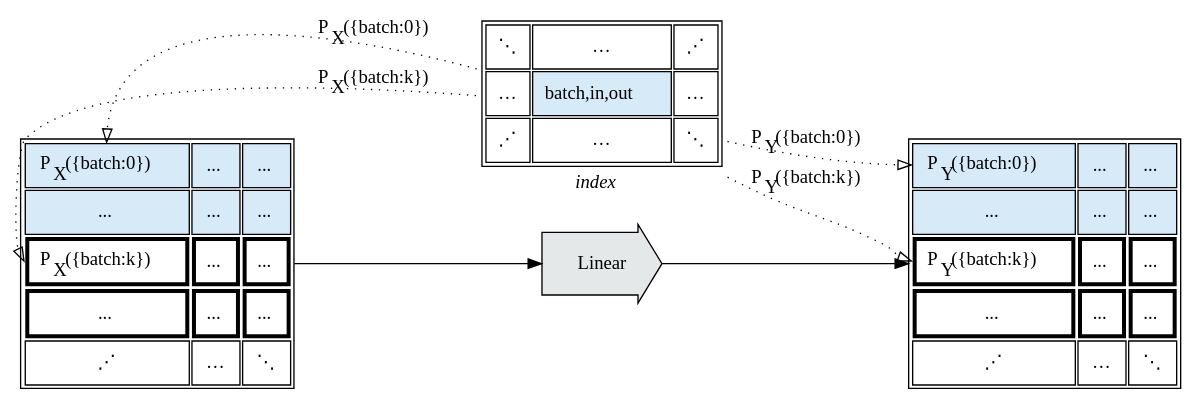
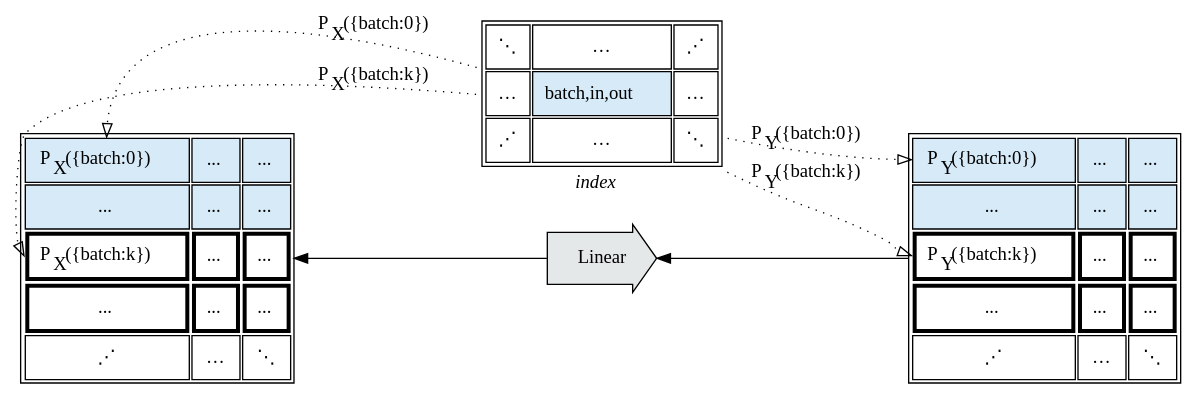
Diagram 16 of 55 in source/Tapestry/index.md (crutcher/crutcher.github.io-source), drawn with Graphviz before and after one commit. The commit also changed other lines of this file, not shown here.

Commit message:
graph ordering

````diff
--- a/source/Tapestry/index.md
+++ b/source/Tapestry/index.md
@@ -2249,6 +2458,6 @@
 ```graphviz
 digraph G {
-    rankdir=LR;
+    rankdir=RL;
 
     idx [
         shape="plain",
@@ -2349,11 +2558,11 @@
         shape=rarrow,
         style=filled,
         fillcolor="#E5E8E8",
-        margin=0.3
+        margin=0.25
     ];
-
-    x -> op;
-    op -> y;
+    
+    op -> x;
+    y -> op;
 
     idx -> x:a [
         label=<P<sub>X</sub>({batch:0})>,
````
